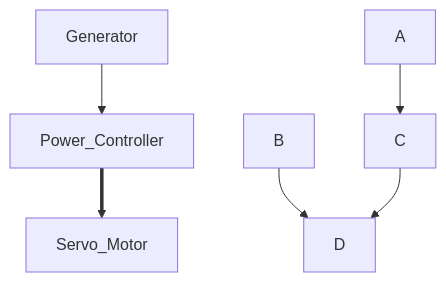
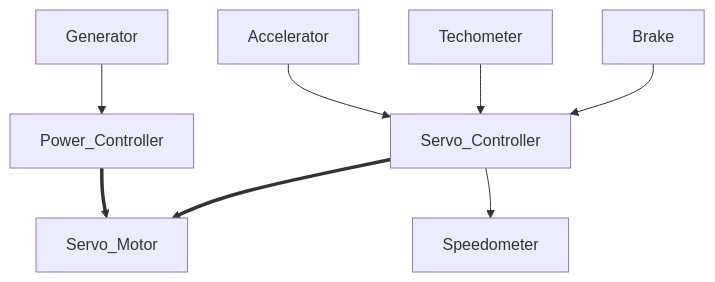
The diagram in README.md (gleatd01/Linear-Hybrid-Conversion), drawn with Mermaid before and after one commit.

````diff
--- a/README.md
+++ b/README.md
@@ -20,7 +20,8 @@
 ```mermaid
 graph TD;
     Generator-->Power_Controller==>Servo_Motor;
-    A-->C;
-    B-->D;
-    C-->D;
+    Accelerator-->Servo_Controller==>Servo_Motor;
+    Techometer-->Servo_Controller;
+    Brake-->Servo_Controller;
+    Servo_Controller-->Speedometer;
 ```
````
